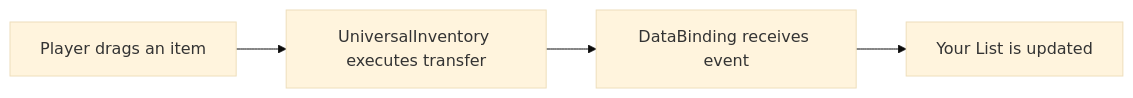
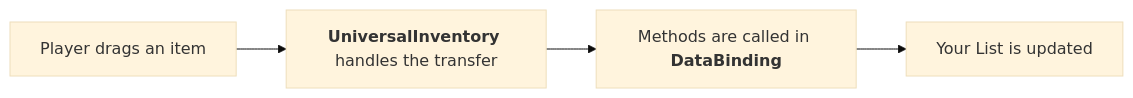
Before and after one commit to SergeevSergey99/DragAndDropSystem-Docs: the diagram in .docs/content/getting-started/quick-start.en.md, drawn with Mermaid (base theme). The commit also changed other lines of this file and 1 other file, not shown here.

````diff
--- a/.docs/content/getting-started/quick-start.en.md
+++ b/.docs/content/getting-started/quick-start.en.md
@@ -119,6 +130,6 @@
 ```mermaid
 flowchart LR
-    A["Player drags an item"] --> B["UniversalInventory executes transfer"]
-    B --> C["DataBinding receives event"]
+    A["Player drags an item"] --> B["<b>UniversalInventory</b> handles the transfer"]
+    B --> C["Methods are called in <b>DataBinding</b>"]
     C --> D["Your List<ItemSO> is updated"]
 ```
````
